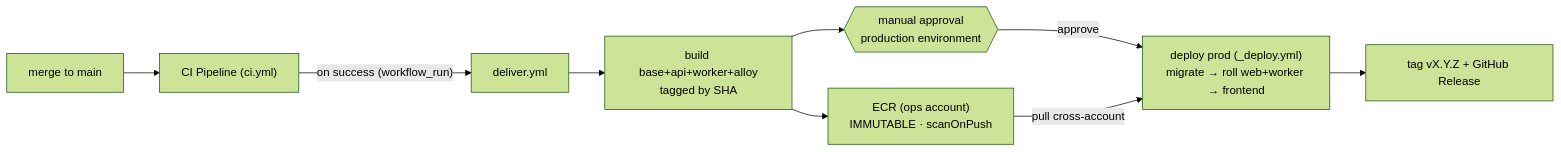
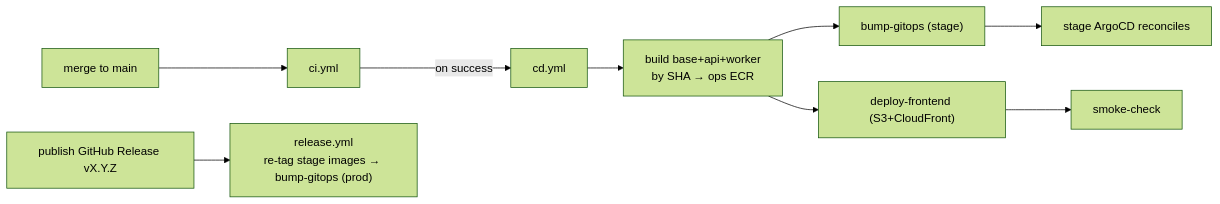
Before and after one commit to lahavrud/rs-recruiting-course-app: the second of 2 diagrams in docs/INFRASTRUCTURE.md, drawn with Mermaid (forest theme). The commit also changed other lines of this file and 20 other files, not shown here.

First line of the commit message:
docs: replace ECS/legacy architecture with the EKS/GitOps stack

````diff
--- a/docs/INFRASTRUCTURE.md
+++ b/docs/INFRASTRUCTURE.md
@@ -143,10 +138,9 @@
 ```mermaid
 flowchart LR
-  PR["merge to main"] --> CI["CI Pipeline (ci.yml)"]
-  CI -->|"on success (workflow_run)"| DEL["deliver.yml"]
-  DEL --> BUILD["build base+api+worker+alloy<br/>tagged by SHA"] --> ECR["ECR (ops account)<br/>IMMUTABLE · scanOnPush"]
-  BUILD --> GATE{{"manual approval<br/>production environment"}}
-  GATE -->|approve| PROD["deploy prod (_deploy.yml)<br/>migrate → roll web+worker → frontend"]
-  PROD --> TAG["tag vX.Y.Z + GitHub Release"]
-  ECR -->|"pull cross-account"| PROD
+  PR["merge to main"] --> CI["ci.yml"]
+  CI -->|"on success"| CD["cd.yml"]
+  CD --> BUILD["build base+api+worker<br/>by SHA → ops ECR"]
+  BUILD --> BUMP["bump-gitops (stage)"] --> ARGO["stage ArgoCD reconciles"]
+  BUILD --> FE["deploy-frontend (S3+CloudFront)"] --> SMOKE["smoke-check"]
+  REL["publish GitHub Release vX.Y.Z"] --> RELWF["release.yml<br/>re-tag stage images → bump-gitops (prod)"]
 ```
````
